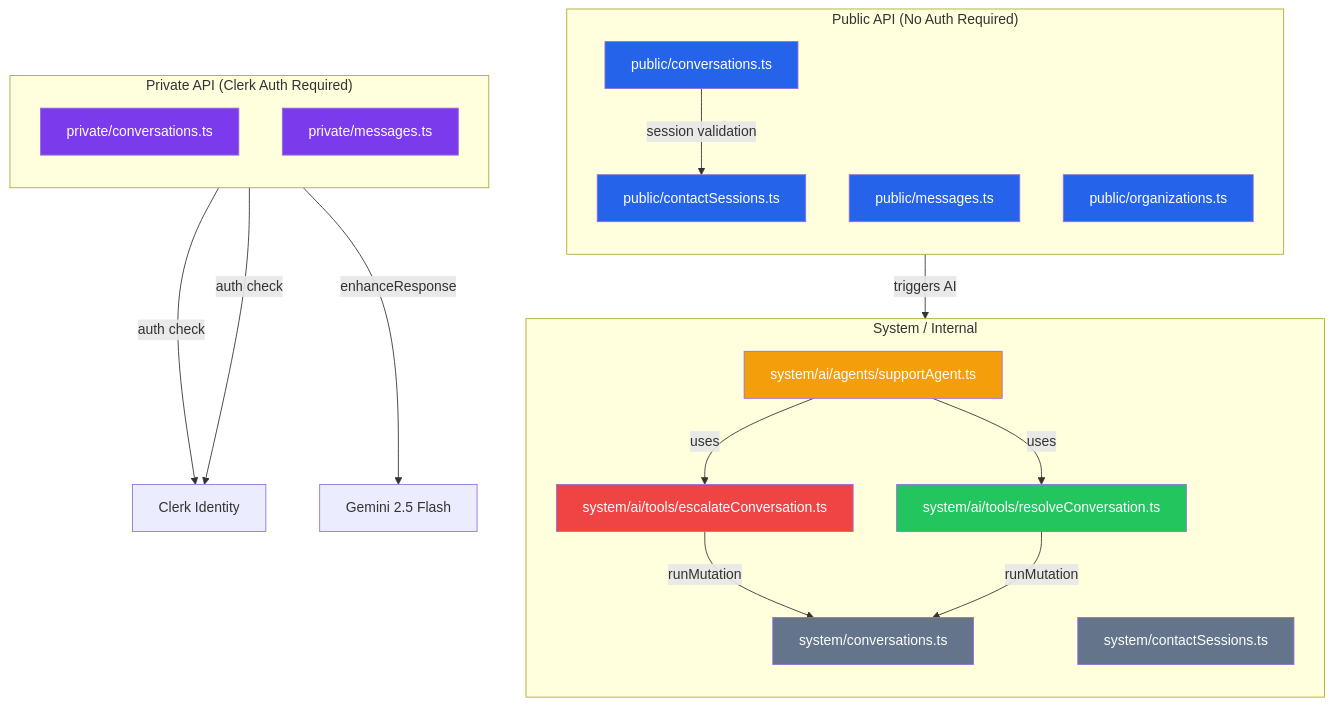
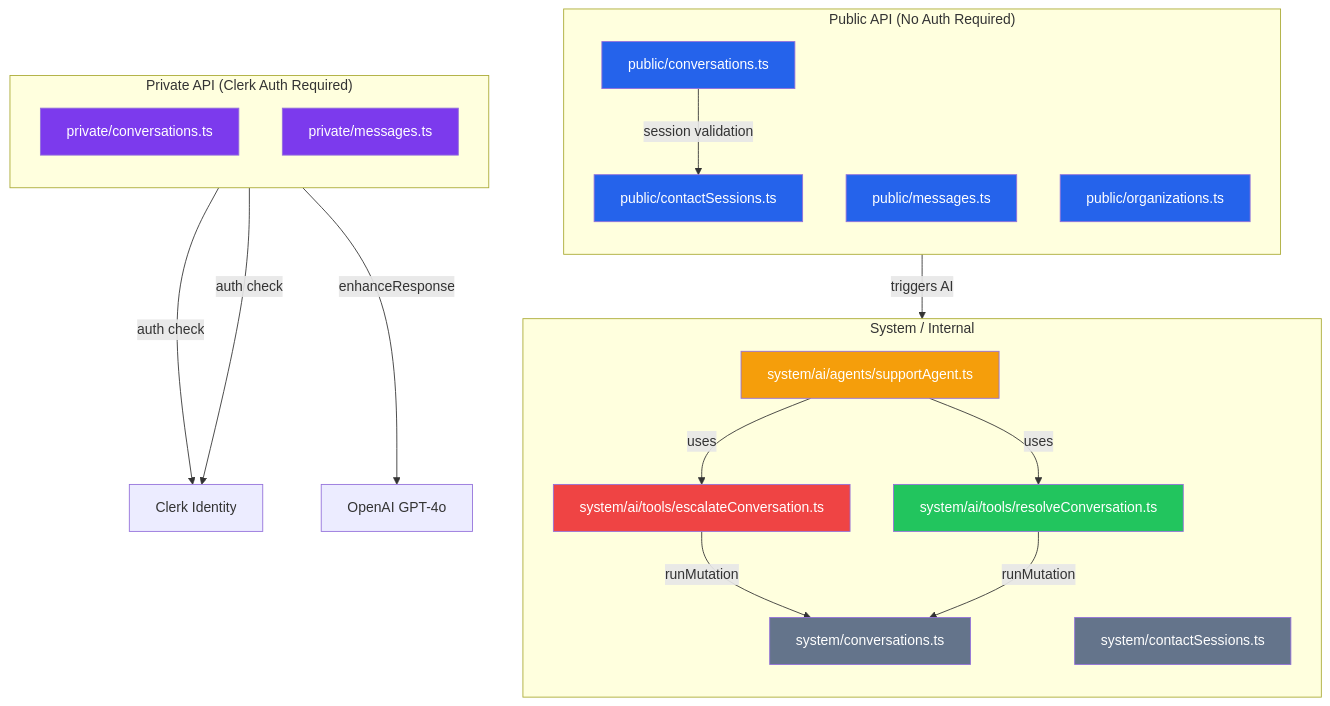
The fourth of 12 diagrams in README.md (prakharsingh-74/Pivot-Care-AI), drawn with Mermaid before and after one commit. The commit also changed other lines of this file, not shown here.

Commit message:
refactor docs: migrate AI agent provider from Google Gemini to OpenAI GPT-4o throughout documentation

````diff
--- a/README.md
+++ b/README.md
@@ -207,46 +207,46 @@
 ```mermaid
 graph TB
     subgraph "Public API (No Auth Required)"
         direction TB
         PC["public/conversations.ts"]
         PM["public/messages.ts"]
         PCS["public/contactSessions.ts"]
         PO["public/organizations.ts"]
     end
 
     subgraph "Private API (Clerk Auth Required)"
         direction TB
         DC["private/conversations.ts"]
         DM["private/messages.ts"]
     end
 
     subgraph "System / Internal"
         direction TB
         SC["system/conversations.ts"]
         SCS["system/contactSessions.ts"]
         SA["system/ai/agents/supportAgent.ts"]
         ST1["system/ai/tools/escalateConversation.ts"]
         ST2["system/ai/tools/resolveConversation.ts"]
     end
 
     PC -->|"session validation"| PCS
     PM -->|"triggers AI"| SA
     SA -->|"uses"| ST1 & ST2
     ST1 -->|"runMutation"| SC
     ST2 -->|"runMutation"| SC
     DC -->|"auth check"| CLERK_AUTH["Clerk Identity"]
     DM -->|"auth check"| CLERK_AUTH
-    DM -->|"enhanceResponse"| GEMINI_API["Gemini 2.5 Flash"]
+    DM -->|"enhanceResponse"| OPENAI_API["OpenAI GPT-4o"]
 
     style PC fill:#2563eb,color:#fff
     style PM fill:#2563eb,color:#fff
     style PCS fill:#2563eb,color:#fff
     style PO fill:#2563eb,color:#fff
     style DC fill:#7c3aed,color:#fff
     style DM fill:#7c3aed,color:#fff
     style SC fill:#64748b,color:#fff
     style SCS fill:#64748b,color:#fff
     style SA fill:#f59e0b,color:#fff
     style ST1 fill:#ef4444,color:#fff
     style ST2 fill:#22c55e,color:#fff
 ```
````
